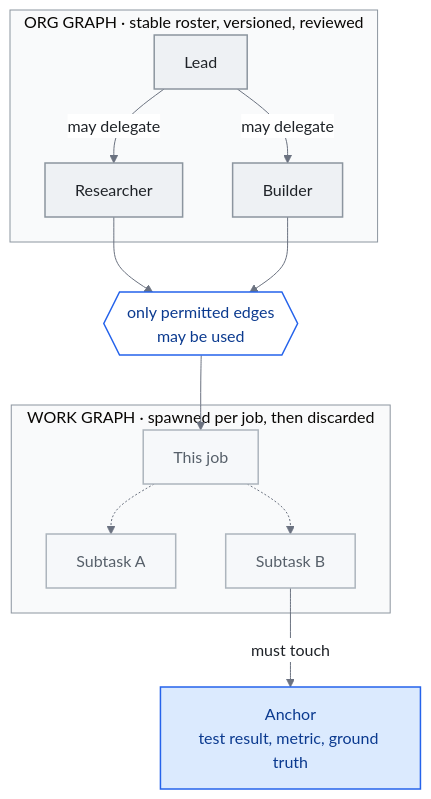
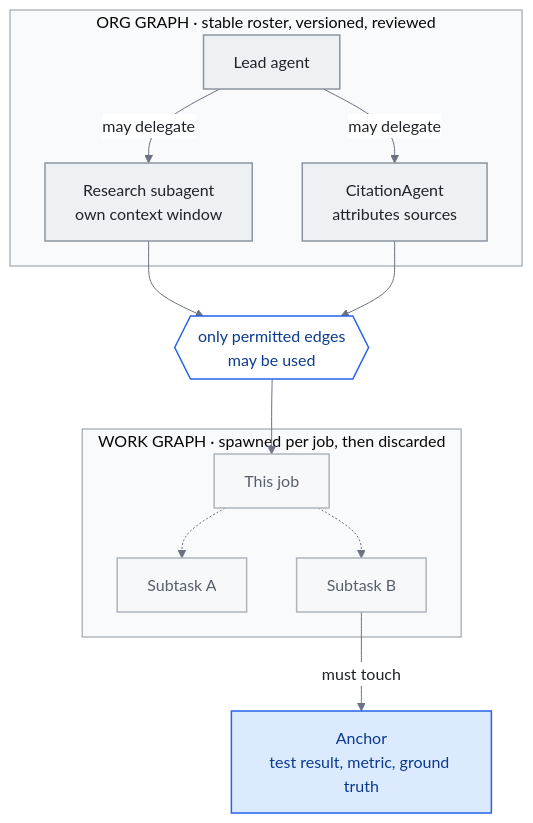
The diagram in chapters/14-graph-engineering.md (kennethlaw325/awesome-llm-knowledge-systems), drawn with Mermaid before and after one commit. The commit also changed other lines of this file and 11 other files, not shown here.

First line of the commit message:
Visual roll-out: apply cross-family review (5 blocker, 8 major) and timeline palette

````diff
--- a/chapters/14-graph-engineering.md
+++ b/chapters/14-graph-engineering.md
@@ -11,24 +11,24 @@
 ```mermaid
 %%{init: {'theme':'base','themeVariables':{'primaryColor':'#eef1f4','primaryTextColor':'#1f2328','primaryBorderColor':'#8c959f','lineColor':'#6b7280','tertiaryColor':'#f6f8fa','clusterBkg':'#f9fafb','clusterBorder':'#8c959f','edgeLabelBackground':'#ffffff'}}}%%
 flowchart TB
     subgraph ORG["ORG GRAPH · stable roster, versioned, reviewed"]
-      LEAD["Lead"] -->|may delegate| RES["Researcher"]
-      LEAD -->|may delegate| BUILD["Builder"]
+      LEAD["Lead agent"] -->|may delegate| RES["Research subagent<br/>own context window"]
+      LEAD -->|may delegate| CITE["CitationAgent<br/>attributes sources"]
     end
     RES --> GATE{{"only permitted edges<br/>may be used"}}
-    BUILD --> GATE
+    CITE --> GATE
     subgraph WORK["WORK GRAPH · spawned per job, then discarded"]
       T0["This job"] -.-> T1["Subtask A"]
       T0 -.-> T2["Subtask B"]
     end
     GATE --> T0
     T2 -->|must touch| ANCH["Anchor<br/>test result, metric, ground truth"]
-    class LEAD,RES,BUILD stable
+    class LEAD,RES,CITE stable
     class T0,T1,T2 muted
     class ANCH accent
     class GATE gate
 classDef stable fill:#eef1f4,stroke:#8c959f,stroke-width:1.5px,color:#1f2328
 classDef accent fill:#dbeafe,stroke:#2563eb,stroke-width:1.5px,color:#0b3a8f
 classDef muted fill:#f6f8fa,stroke:#adb5bd,stroke-width:1.5px,color:#57606a
 classDef gate fill:#ffffff,stroke:#2563eb,stroke-width:1.5px,color:#0b3a8f
 ```
````
